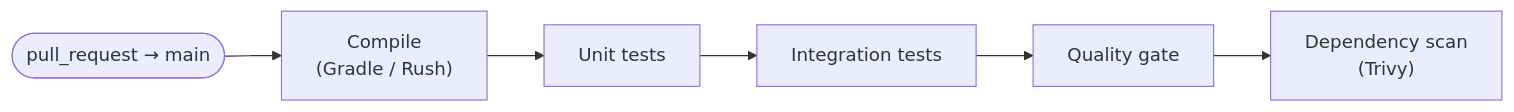
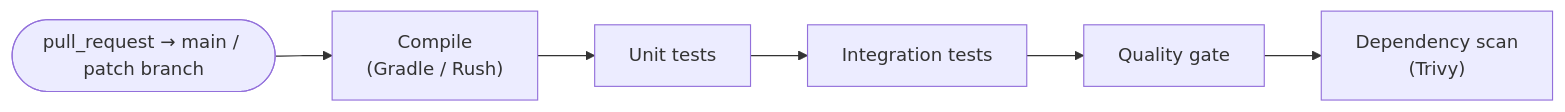
The first of 2 diagrams in docs/04-cicd-pipelines.md (NipunaRanasinghe/wso2i-process-guides), drawn with Mermaid before and after one commit. The commit also changed other lines of this file, not shown here.

Commit message:
Update CI/CD documentation to clarify pull request and release branch references

````diff
--- a/docs/04-cicd-pipelines.md
+++ b/docs/04-cicd-pipelines.md
@@ -17,8 +17,8 @@
 ```mermaid
 graph LR
-    T(["pull_request → main"]) --> S1["Compile<br>(Gradle / Rush)"]
+    T(["pull_request → main / patch branch"]) --> S1["Compile<br>(Gradle / Rush)"]
     S1 --> S2["Unit tests"]
     S2 --> S3["Integration tests"]
     S3 --> S4["Quality gate"]
     S4 --> S5["Dependency scan<br>(Trivy)"]
 ```
````
